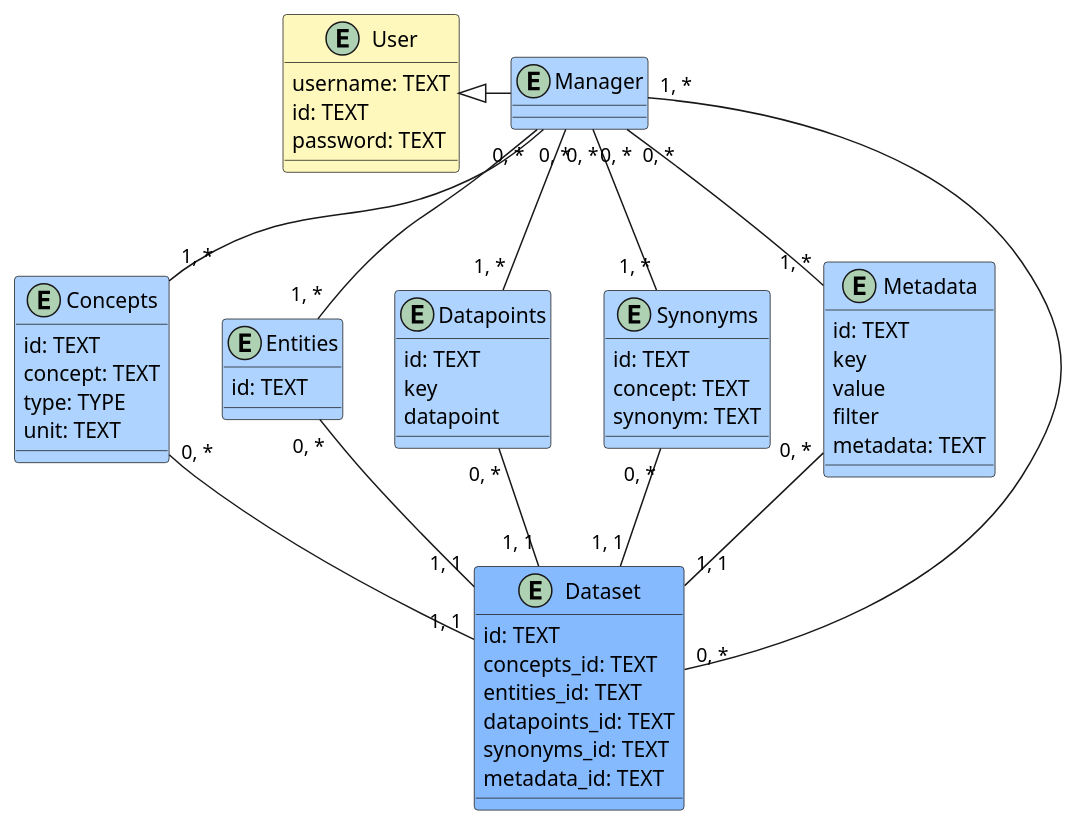
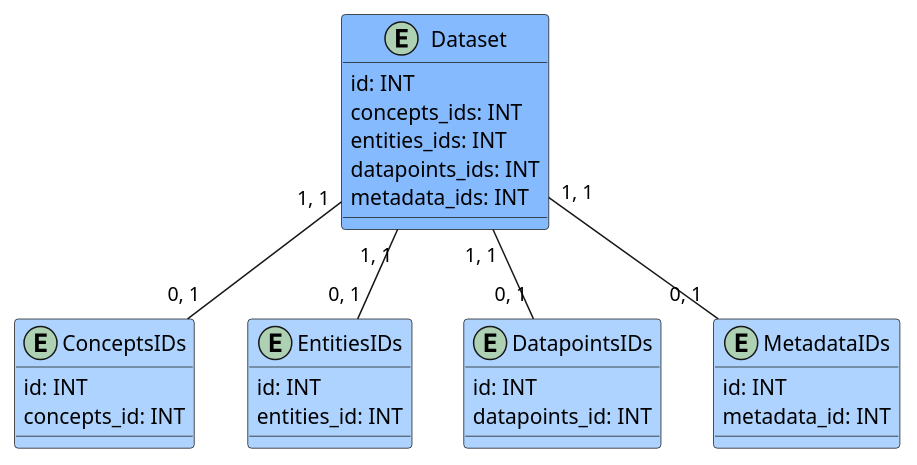
Before and after one commit to hate-crew-member-41/Bricks: the diagram in src/puml/ERM.puml, drawn with PlantUML.

Commit message:
updated ERM

```diff
--- a/src/puml/ERM.puml
+++ b/src/puml/ERM.puml
@@ -1,70 +1,39 @@
 @startuml
 
-entity User #fff8bd {
-    username: TEXT
-    id: TEXT
-    password: TEXT
+entity Dataset #86baff {
+    id: INT
+    concepts_ids: INT
+    entities_ids: INT
+    datapoints_ids: INT
+    metadata_ids: INT
 }
 
-entity Manager #aed3ff {}
-
-Manager -l-|> User
-
-entity Dataset #86baff {
-    id: TEXT
-    concepts_id: TEXT
-    entities_id: TEXT
-    datapoints_id: TEXT
-    synonyms_id: TEXT
-    metadata_id: TEXT
+entity ConceptsIDs #aed3ff {
+    id: INT
+    concepts_id: INT
 }
 
-Dataset "0, *"--"1, *" Manager
+Dataset "1, 1"-d-"0, 1" ConceptsIDs
 
-entity Concepts #aed3ff {
-    id: TEXT
-    concept: TEXT
-    type: TYPE
-    unit: TEXT
+entity EntitiesIDs #aed3ff {
+    id: INT
+    entities_id: INT
 }
 
-Concepts "1, *"-u-"0, *" Manager
-Concepts "0, *"-d-"1, 1" Dataset
+Dataset "1, 1"-d-"0, 1" EntitiesIDs
 
-entity Entities #aed3ff {
-    id: TEXT
+entity DatapointsIDs #aed3ff {
+    id: INT
+    datapoints_id: INT
 }
 
-Entities "1, *"-u-"0, *" Manager
-Entities "0, *"-d-"1, 1" Dataset
+Dataset "1, 1"-d-"0, 1" DatapointsIDs
 
-entity Datapoints #aed3ff {
-    id: TEXT
-    key
-    datapoint
+entity MetadataIDs #aed3ff {
+    id: INT
+    metadata_id: INT
 }
 
-Datapoints "1, *"-u-"0, *" Manager
-Datapoints "0, *"-d-"1, 1" Dataset
-
-entity Synonyms #aed3ff {
-    id: TEXT
-    concept: TEXT
-    synonym: TEXT
-}
-
-Synonyms "1, *"-u-"0, *" Manager
-Synonyms "0, *"-d-"1, 1" Dataset
-
-entity Metadata #aed3ff {
-    id: TEXT
-    key
-    value
-    filter
-    metadata: TEXT
-}
-
-Metadata "1, *"-u-"0, *" Manager
-Metadata "0, *"-d-"1, 1" Dataset
+Dataset "1, 1"-d-"0, 1" MetadataIDs
 
 @enduml
```
